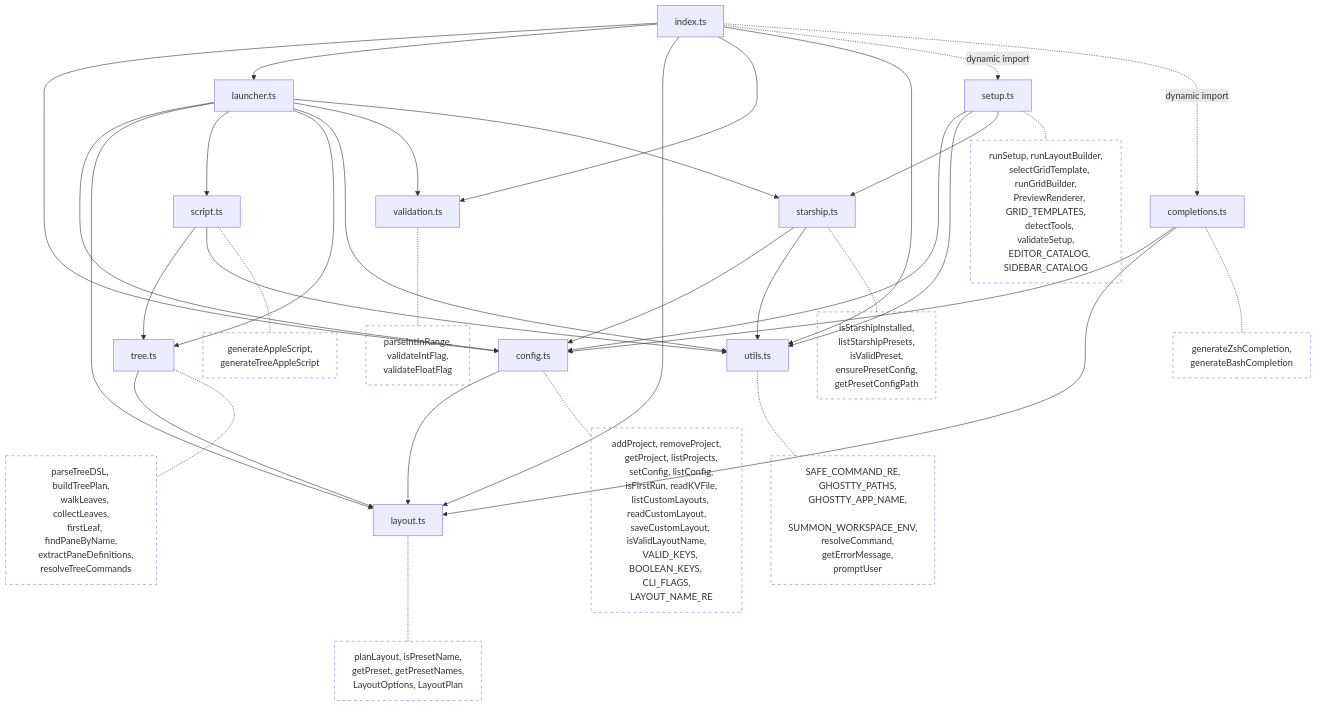
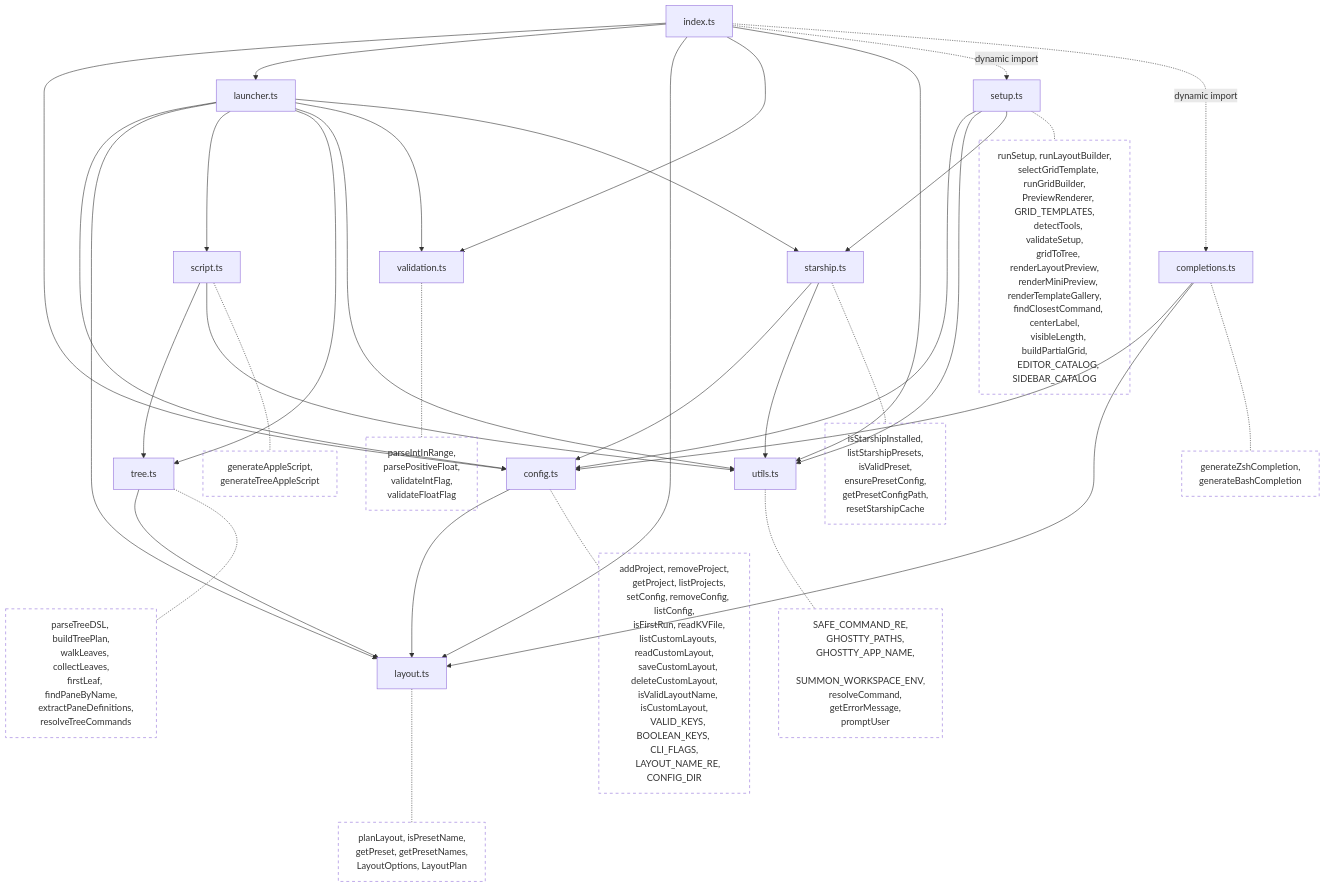
The first of 4 diagrams in docs/architecture.md (juan294/summon), drawn with Mermaid before and after one commit. The commit also changed other lines of this file and 9 other files, not shown here.

First line of the commit message:
docs: update documentation, fix --new-window tree layout bug, refresh screenshot

```diff
--- a/docs/architecture.md
+++ b/docs/architecture.md
@@ -52,12 +52,13 @@
 
     config -.- cfg_fns["addProject, removeProject,
     getProject, listProjects,
-    setConfig, listConfig,
+    setConfig, removeConfig, listConfig,
     isFirstRun, readKVFile,
     listCustomLayouts, readCustomLayout,
-    saveCustomLayout, isValidLayoutName,
+    saveCustomLayout, deleteCustomLayout,
+    isValidLayoutName, isCustomLayout,
     VALID_KEYS, BOOLEAN_KEYS, CLI_FLAGS,
-    LAYOUT_NAME_RE"]
+    LAYOUT_NAME_RE, CONFIG_DIR"]
     layout -.- lay_fns["planLayout, isPresetName,
     getPreset, getPresetNames,
     LayoutOptions, LayoutPlan"]
@@ -79,15 +80,21 @@
     listStarshipPresets,
     isValidPreset,
     ensurePresetConfig,
-    getPresetConfigPath"]
+    getPresetConfigPath,
+    resetStarshipCache"]
     setup -.- setup_fns["runSetup, runLayoutBuilder,
     selectGridTemplate, runGridBuilder,
     PreviewRenderer, GRID_TEMPLATES,
     detectTools, validateSetup,
+    gridToTree, renderLayoutPreview,
+    renderMiniPreview, renderTemplateGallery,
+    findClosestCommand, centerLabel,
+    visibleLength, buildPartialGrid,
     EDITOR_CATALOG, SIDEBAR_CATALOG"]
     completions -.- comp_fns["generateZshCompletion,
     generateBashCompletion"]
     validation -.- val_fns["parseIntInRange,
+    parsePositiveFloat,
     validateIntFlag,
     validateFloatFlag"]
 
```
